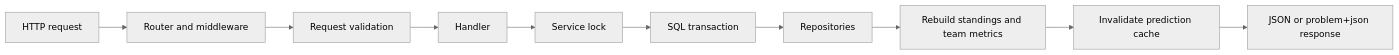
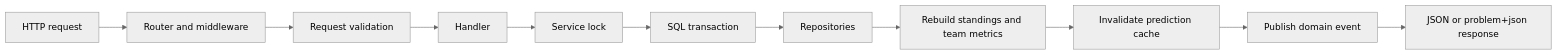
The diagram in README.md (ecaliskaner/Insider_One_Backend_Project), drawn with Mermaid (neutral theme) before and after one commit. The commit also changed other lines of this file and 16 other files, not shown here.

````diff
--- a/README.md
+++ b/README.md
@@ -99,12 +99,13 @@
 ```mermaid
 flowchart LR
     A["HTTP request"] --> B["Router and middleware"]
     B --> C["Request validation"]
     C --> D["Handler"]
     D --> E["Service lock"]
     E --> F["SQL transaction"]
     F --> G["Repositories"]
     G --> H["Rebuild standings and team metrics"]
     H --> I["Invalidate prediction cache"]
-    I --> J["JSON or problem+json response"]
+    I --> J["Publish domain event"]
+    J --> K["JSON or problem+json response"]
 ```
````
